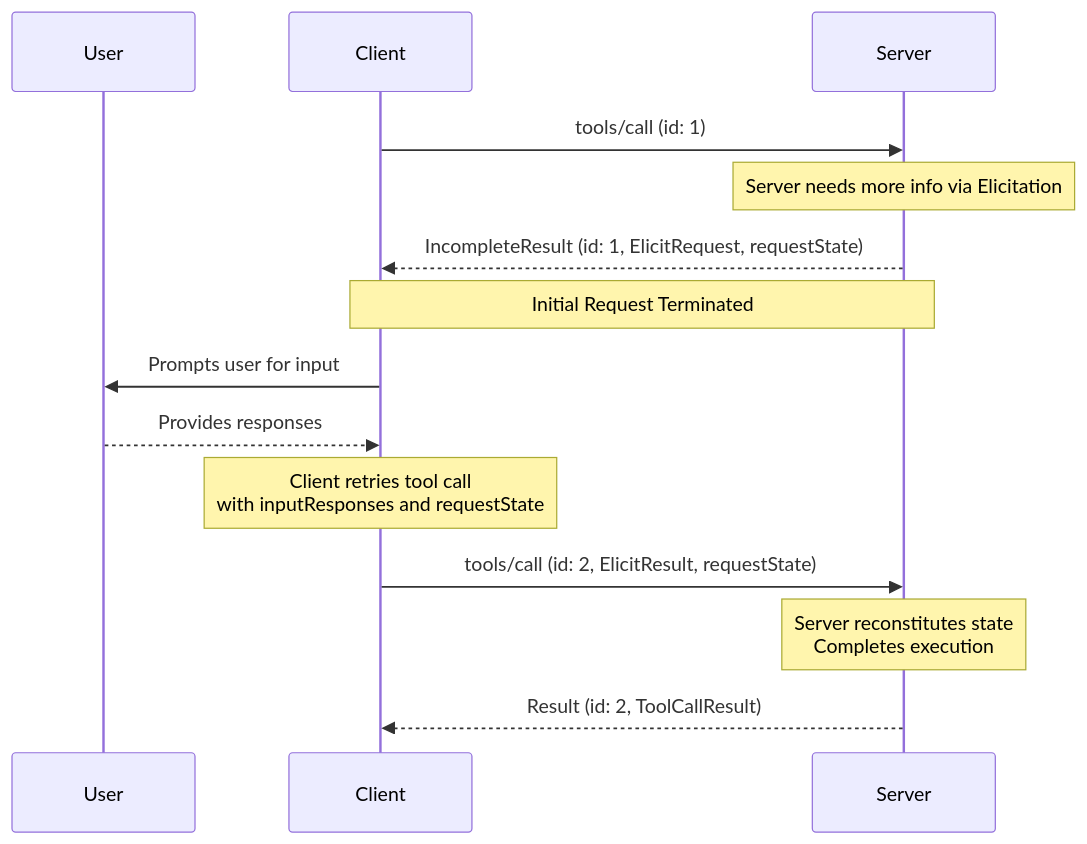
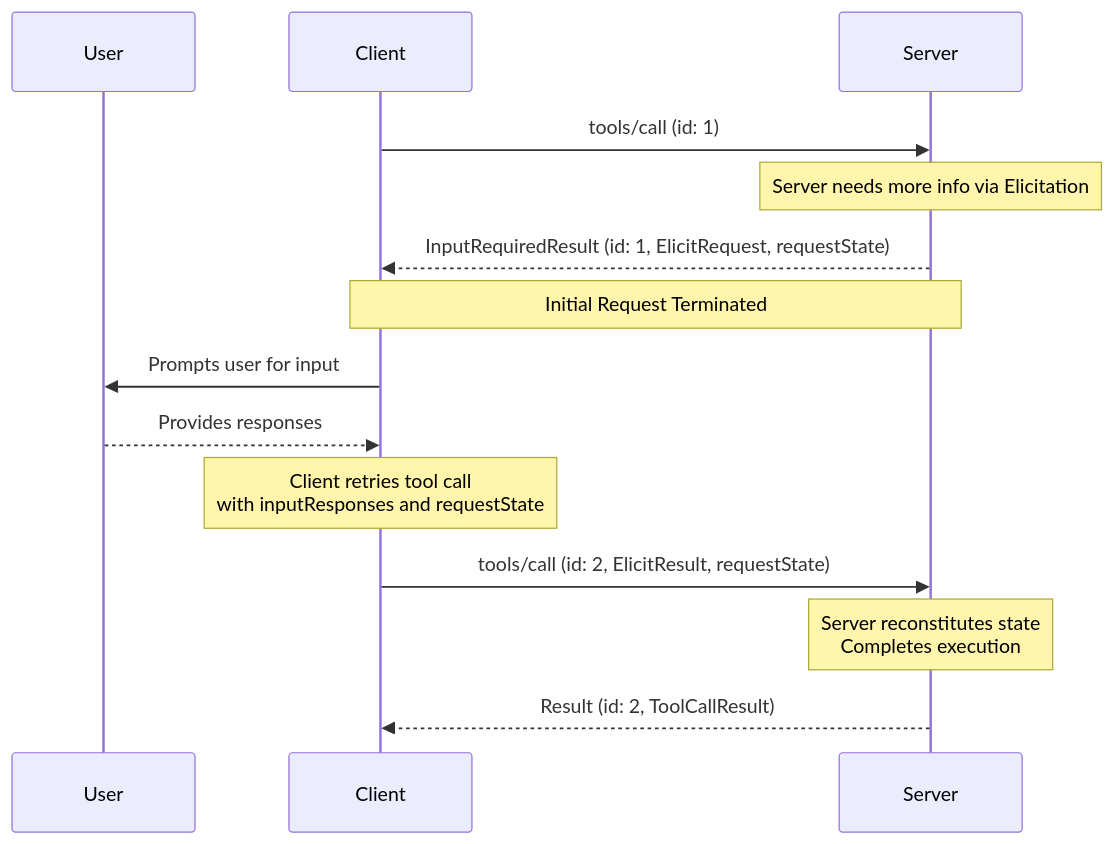
Before and after one commit to modelcontextprotocol/modelcontextprotocol: the second of 3 diagrams in docs/specification/draft/basic/utilities/mrtr.mdx, drawn with Mermaid. The commit also changed other lines of this file and 14 other files, not shown here.

First line of the commit message:
rename IncompleteResult to InputRequiredResult (#19)

````diff
--- a/docs/specification/draft/basic/utilities/mrtr.mdx
+++ b/docs/specification/draft/basic/utilities/mrtr.mdx
@@ -194,18 +194,18 @@
 ```mermaid
 sequenceDiagram
     participant U as User
     participant C as Client
     participant S as Server
     C->>S: tools/call (id: 1)
     note over S: Server needs more info via Elicitation
-    S-->>C: IncompleteResult (id: 1, ElicitRequest, requestState)
+    S-->>C: InputRequiredResult (id: 1, ElicitRequest, requestState)
     note over C,S: Initial Request Terminated
 
     C->>U: Prompts user for input
     U-->>C: Provides responses
 
     note over C: Client retries tool call <br/> with inputResponses and requestState
     C->>S: tools/call (id: 2, ElicitResult, requestState)
     note over S: Server reconstitutes state<br/>Completes execution
     S-->>C: Result (id: 2, ToolCallResult)
 ```
````
